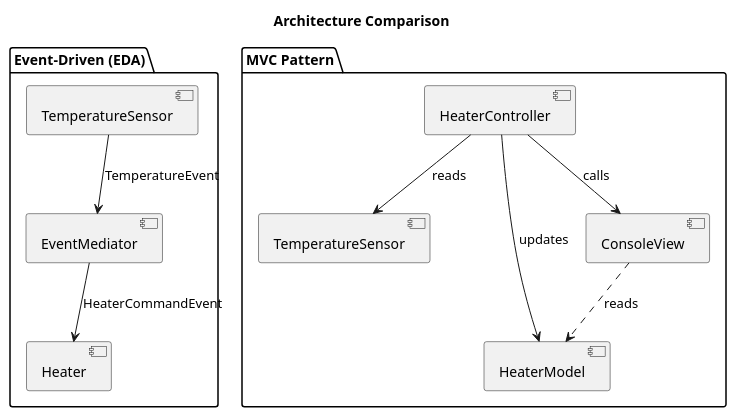
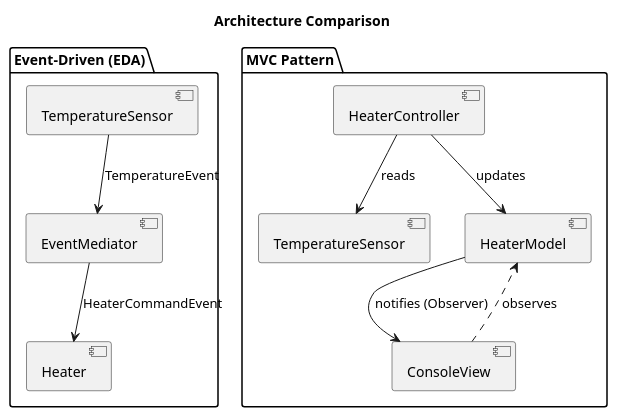
One commit to YasCay/ArchitecturalPatterns changed the diagram in plant_uml/mvc_eda_comparison.puml. Above: the diagram before and after it, drawn with PlantUML. The commit also changed 3 other files, not shown here.

Commit message:
Implement Observer pattern for MVC, update plant uml and docu

```diff
--- a/plant_uml/mvc_eda_comparison.puml
+++ b/plant_uml/mvc_eda_comparison.puml
@@ -1,27 +1,27 @@
 @startuml Architecture_Comparison
 title Architecture Comparison
 
 package "Event-Driven (EDA)" {
   [TemperatureSensor] as eda_sensor
   [EventMediator] as eda_mediator
   [Heater] as eda_heater
   
   eda_sensor -down-> eda_mediator : TemperatureEvent
   eda_mediator -down-> eda_heater : HeaterCommandEvent
   
 }
 
 package "MVC Pattern" {
   [TemperatureSensor] as mvc_sensor
   [HeaterModel] as mvc_model
   [ConsoleView] as mvc_view
   [HeaterController] as mvc_controller
-  
+
   mvc_controller -down-> mvc_sensor : reads
   mvc_controller -down-> mvc_model : updates
-  mvc_controller -down-> mvc_view : calls
-  mvc_view .down.> mvc_model : reads
-  
+  mvc_model -down-> mvc_view : notifies (Observer)
+  mvc_view ..> mvc_model : observes
+
 }
 
 @enduml
```
